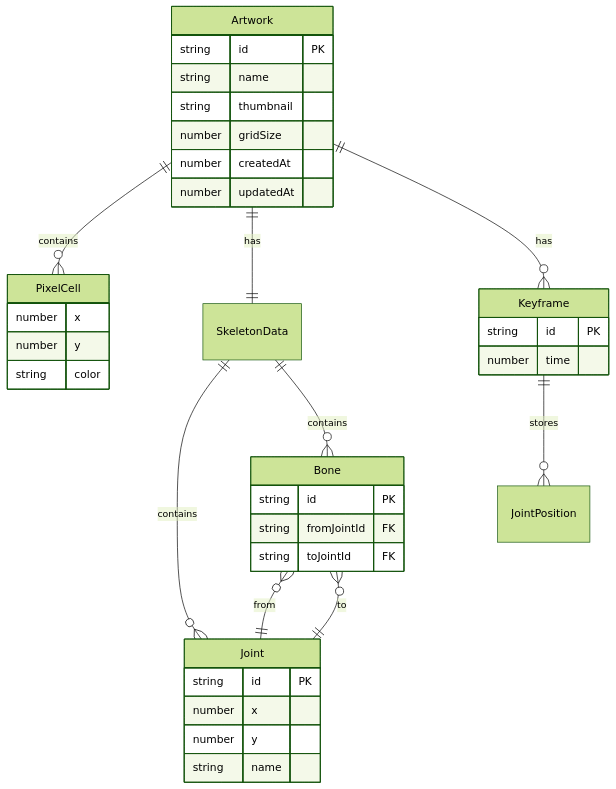
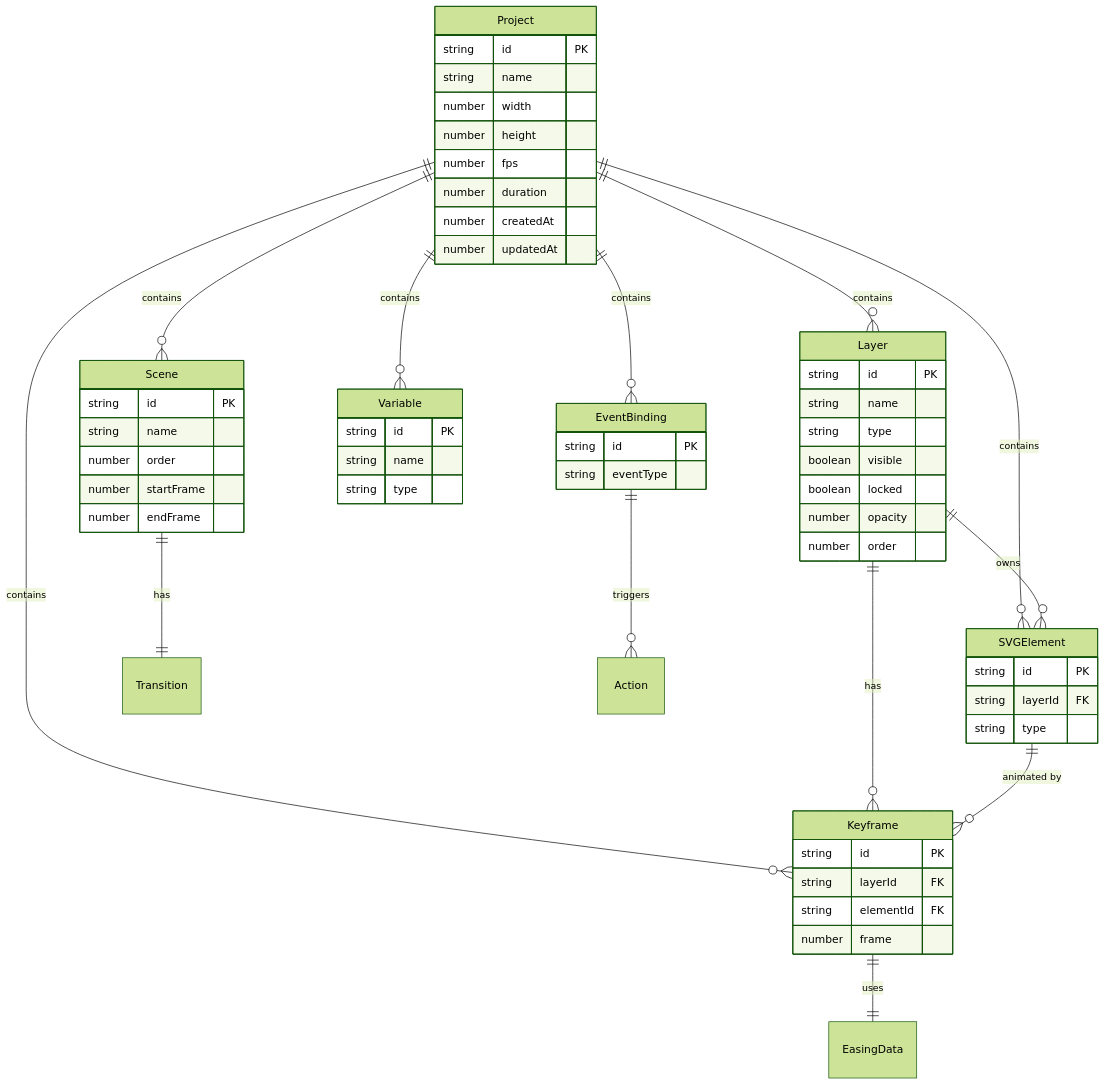
Before and after one commit to woshiabc55/AE: the second of 2 diagrams in .trae/documents/TechnicalArchitecture.md, drawn with Mermaid (forest theme). The commit also changed other lines of this file and 54 other files, not shown here.

````diff
--- a/.trae/documents/TechnicalArchitecture.md
+++ b/.trae/documents/TechnicalArchitecture.md
@@ -100,40 +200,62 @@
 ```mermaid
 erDiagram
-    Artwork ||--o{ PixelCell : contains
-    Artwork ||--|| SkeletonData : has
-    Artwork ||--o{ Keyframe : has
-    SkeletonData ||--o{ Joint : contains
-    SkeletonData ||--o{ Bone : contains
-    Bone }o--|| Joint : "from"
-    Bone }o--|| Joint : "to"
-    Keyframe ||--o{ JointPosition : stores
+    Project ||--o{ Scene : contains
+    Project ||--o{ Layer : contains
+    Project ||--o{ SVGElement : contains
+    Project ||--o{ Keyframe : contains
+    Project ||--o{ Variable : contains
+    Project ||--o{ EventBinding : contains
+    Layer ||--o{ SVGElement : "owns"
+    Layer ||--o{ Keyframe : "has"
+    SVGElement ||--o{ Keyframe : "animated by"
+    Scene ||--|| Transition : "has"
+    EventBinding ||--o{ Action : "triggers"
+    Keyframe ||--|| EasingData : "uses"
 
-    Artwork {
+    Project {
         string id PK
         string name
-        string thumbnail
-        number gridSize
+        number width
+        number height
+        number fps
+        number duration
         number createdAt
         number updatedAt
     }
-    PixelCell {
-        number x
-        number y
-        string color
+    Scene {
+        string id PK
+        string name
+        number order
+        number startFrame
+        number endFrame
     }
-    Joint {
+    Layer {
         string id PK
-        number x
-        number y
         string name
+        string type
+        boolean visible
+        boolean locked
+        number opacity
+        number order
     }
-    Bone {
+    SVGElement {
         string id PK
-        string fromJointId FK
-        string toJointId FK
+        string layerId FK
+        string type
     }
     Keyframe {
         string id PK
-        number time
+        string layerId FK
+        string elementId FK
+        number frame
+    }
+    Variable {
+        string id PK
+        string name
+        string type
+    }
+    EventBinding {
+        string id PK
+        string eventType
     }
 ```
````
